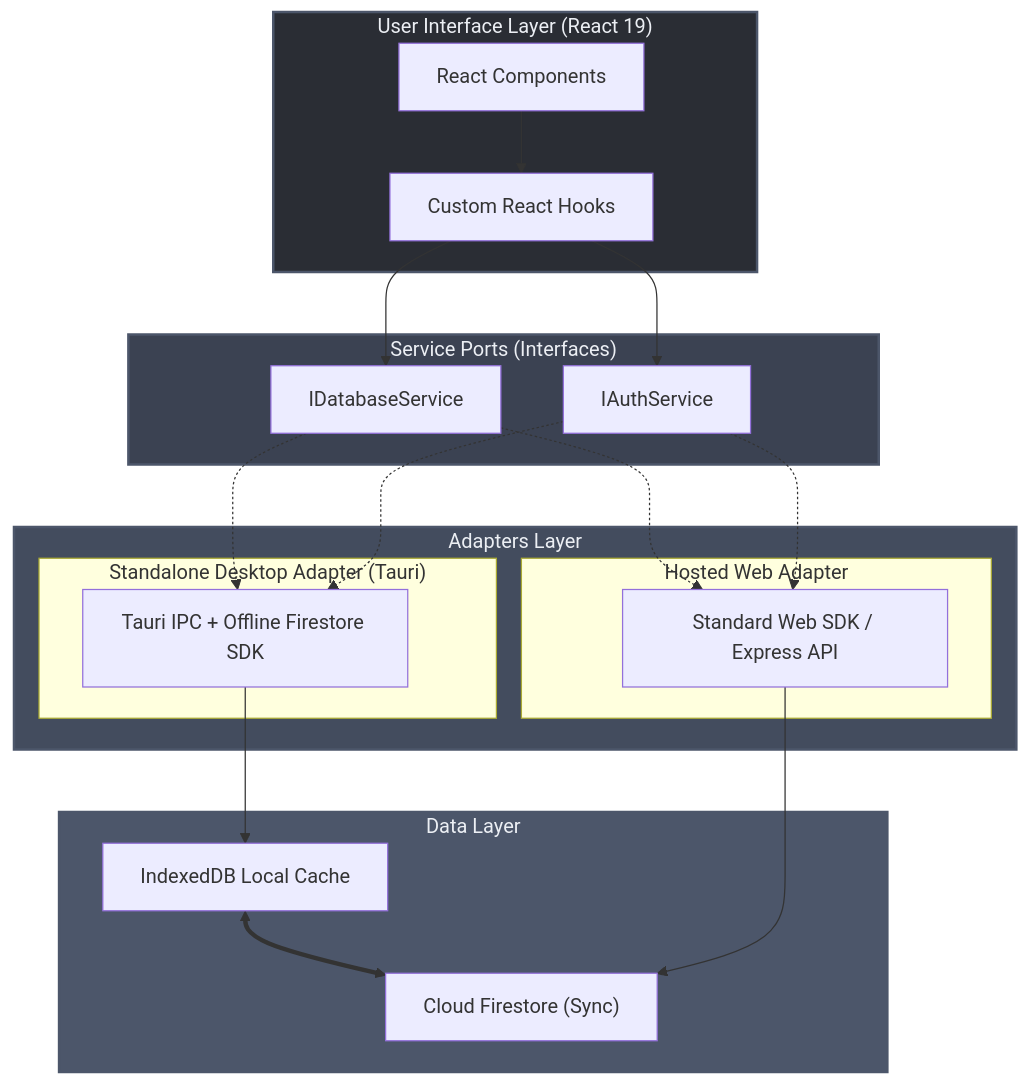
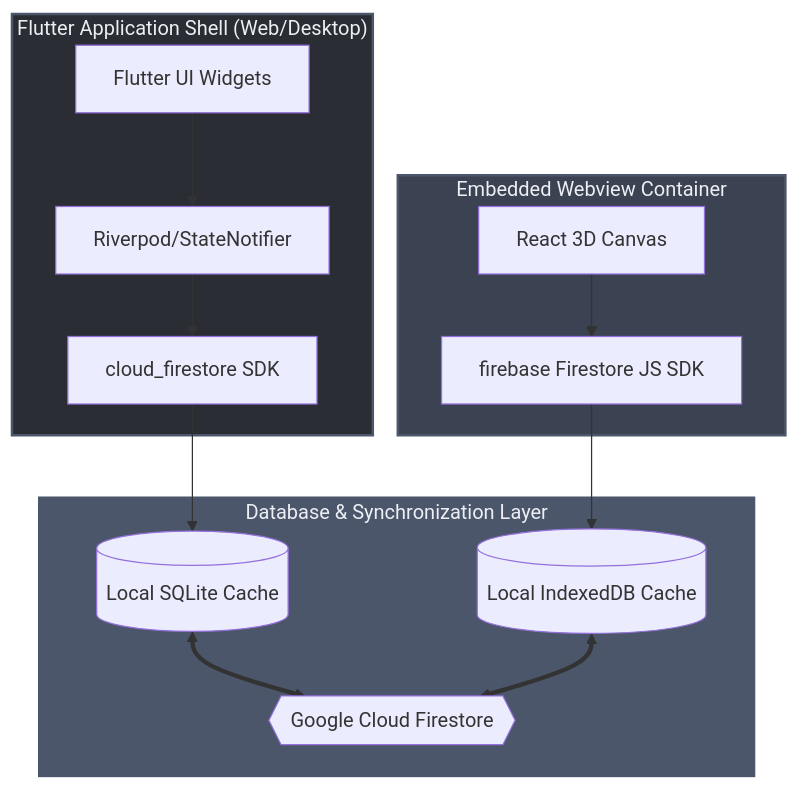
Before and after one commit to gintatkinson/digital-pipeline-repo: the first of 2 diagrams in docs/decisions/react_firestore_deployment_blueprint.md, drawn with Mermaid. The commit also changed other lines of this file and 1 other file, not shown here.

Commit message:
docs: remove Tauri wrapper references and adopt hybrid Flutter webview architecture

````diff
--- a/docs/decisions/react_firestore_deployment_blueprint.md
+++ b/docs/decisions/react_firestore_deployment_blueprint.md
@@ -15,36 +11,23 @@
 ```mermaid
 graph TD
-    subgraph UI ["User Interface Layer (React 19)"]
-        Components[React Components] --> Hooks[Custom React Hooks]
+    subgraph Host ["Flutter Application Shell (Web/Desktop)"]
+        FlutterUI[Flutter UI Widgets] --> FlutterState[Riverpod/StateNotifier]
+        FlutterState --> FlutterSDK[cloud_firestore SDK]
     end
 
-    subgraph ServicePort ["Service Ports (Interfaces)"]
-        Hooks --> DatabaseService["IDatabaseService"]
-        Hooks --> AuthService["IAuthService"]
+    subgraph Embedded ["Embedded Webview Container"]
+        ReactUI[React 3D Canvas] --> ReactSDK[firebase Firestore JS SDK]
     end
 
-    subgraph Adapters ["Adapters Layer"]
-        subgraph DesktopAdapter ["Standalone Desktop Adapter (Tauri)"]
-            TauriAdapter["Tauri IPC + Offline Firestore SDK"]
-        end
-        subgraph CloudAdapter ["Hosted Web Adapter"]
-            WebAdapter["Standard Web SDK / Express API"]
-        end
-    end
-
-    DatabaseService -.-> TauriAdapter
-    DatabaseService -.-> WebAdapter
-    AuthService -.-> TauriAdapter
-    AuthService -.-> WebAdapter
-
-    subgraph Data ["Data Layer"]
-        TauriAdapter --> LocalCache["IndexedDB Local Cache"]
-        LocalCache <==> CloudFirestore["Cloud Firestore (Sync)"]
-        WebAdapter --> CloudFirestore
+    subgraph Data ["Database & Synchronization Layer"]
+        FlutterSDK --> SQLiteCache[(Local SQLite Cache)]
+        ReactSDK --> IndexedDBCache[(Local IndexedDB Cache)]
+        
+        SQLiteCache <==> CloudFirestore{{Google Cloud Firestore}}
+        IndexedDBCache <==> CloudFirestore
     end
     
-    style UI fill:#2A2D34,stroke:#4C566A,stroke-width:2px,color:#ECEFF4
-    style ServicePort fill:#3B4252,stroke:#4C566A,stroke-width:2px,color:#ECEFF4
-    style Adapters fill:#434C5E,stroke:#4C566A,stroke-width:2px,color:#ECEFF4
+    style Host fill:#2A2D34,stroke:#4C566A,stroke-width:2px,color:#ECEFF4
+    style Embedded fill:#3B4252,stroke:#4C566A,stroke-width:2px,color:#ECEFF4
     style Data fill:#4C566A,stroke:#4C566A,stroke-width:2px,color:#ECEFF4
 ```
````
